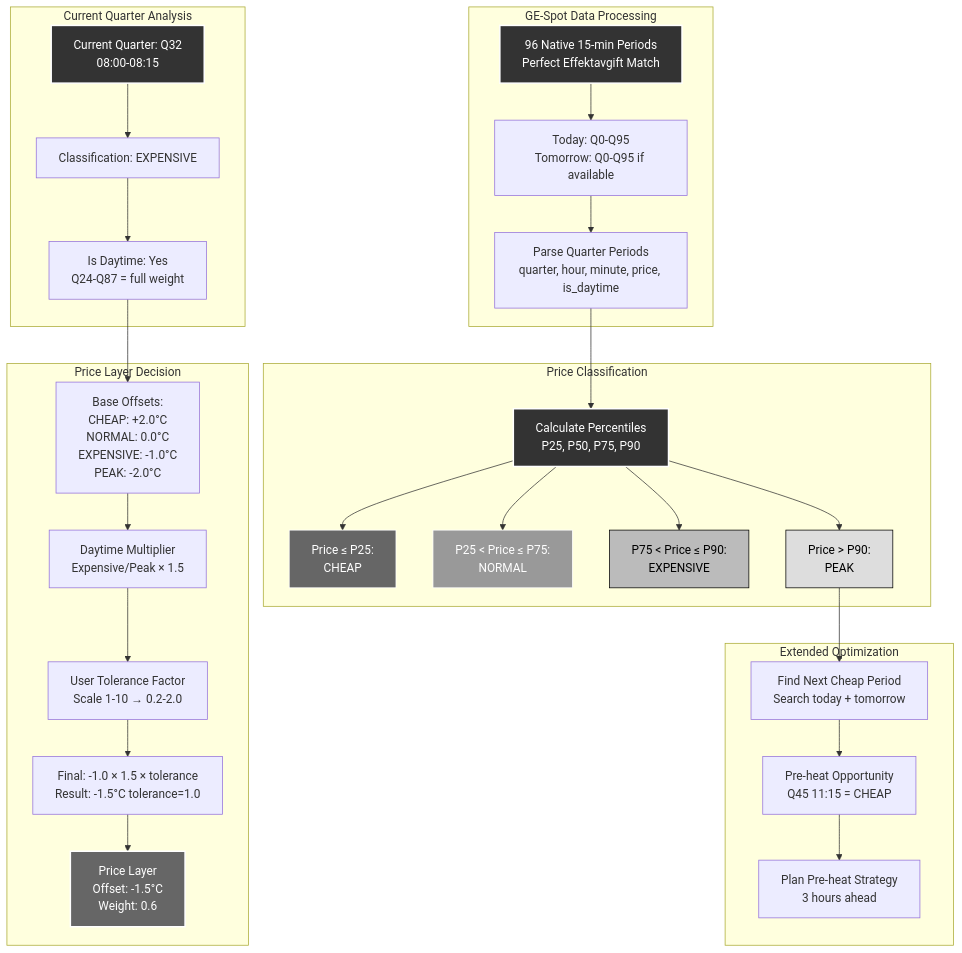
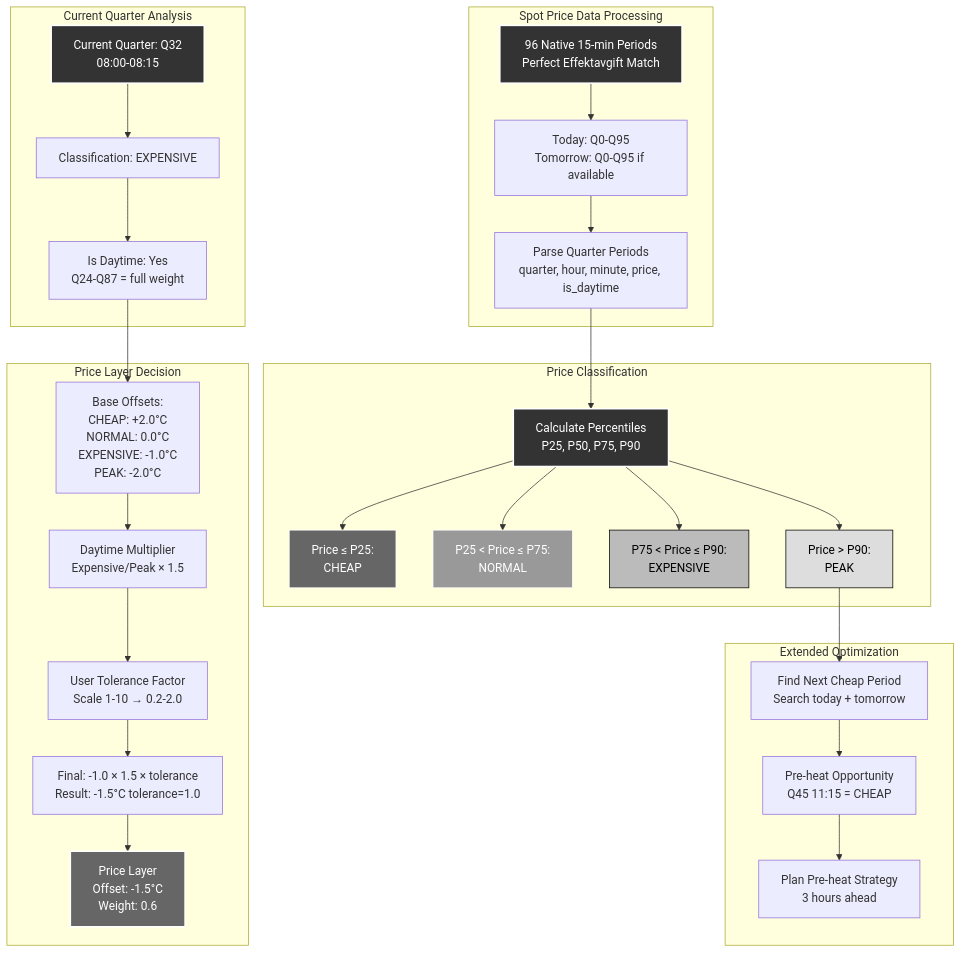
One commit to enoch85/EffektGuard changed the diagram in docs/architecture/05_spot_price_optimization.md. Above: the diagram before and after it, drawn with Mermaid. The commit also changed other lines of this file and 30 other files, not shown here.

````diff
--- a/docs/architecture/05_spot_price_optimization.md
+++ b/docs/architecture/05_spot_price_optimization.md
@@ -5,69 +5,69 @@
 ```mermaid
 flowchart TD
-    subgraph "GE-Spot Data Processing"
+    subgraph "Spot Price Data Processing"
         A[96 Native 15-min Periods<br/>Perfect Effektavgift Match]
         B[Today: Q0-Q95<br/>Tomorrow: Q0-Q95 if available]
         C[Parse Quarter Periods<br/>quarter, hour, minute, price, is_daytime]
     end
 
     subgraph "Price Classification"
         D[Calculate Percentiles<br/>P25, P50, P75, P90]
         E[Price ≤ P25:<br/>CHEAP]
         F[P25 < Price ≤ P75:<br/>NORMAL]
         G[P75 < Price ≤ P90:<br/>EXPENSIVE]
         H[Price > P90:<br/>PEAK]
     end
 
     subgraph "Current Quarter Analysis"
         I[Current Quarter: Q32<br/>08:00-08:15]
         J[Classification: EXPENSIVE]
         K[Is Daytime: Yes<br/>Q24-Q87 = full weight]
     end
 
     subgraph "Price Layer Decision"
         L[Base Offsets:<br/>CHEAP: +2.0°C<br/>NORMAL: 0.0°C<br/>EXPENSIVE: -1.0°C<br/>PEAK: -2.0°C]
         M[Daytime Multiplier<br/>Expensive/Peak × 1.5]
         N[User Tolerance Factor<br/>Scale 1-10 → 0.2-2.0]
         O[Final: -1.0 × 1.5 × tolerance<br/>Result: -1.5°C tolerance=1.0]
         P[Price Layer<br/>Offset: -1.5°C<br/>Weight: 0.6]
     end
 
     subgraph "Extended Optimization"
         Q[Find Next Cheap Period<br/>Search today + tomorrow]
         R[Pre-heat Opportunity<br/>Q45 11:15 = CHEAP]
         S[Plan Pre-heat Strategy<br/>3 hours ahead]
     end
 
     %% Flow
     A --> B
     B --> C
     C --> D
     D --> E
     D --> F  
     D --> G
     D --> H
     
     I --> J
     J --> K
     K --> L
     L --> M
     M --> N
     N --> O
     O --> P
     
     H --> Q
     Q --> R
     R --> S
 
     %% Styling
     style A fill:#333,stroke:#fff,stroke-width:2px,color:#fff
     style D fill:#333,stroke:#fff,stroke-width:2px,color:#fff
     style I fill:#333,stroke:#fff,stroke-width:2px,color:#fff
     
     style E fill:#666,stroke:#fff,stroke-width:1px,color:#fff
     style F fill:#999,stroke:#fff,stroke-width:1px,color:#fff
     style G fill:#bbb,stroke:#000,stroke-width:1px,color:#000
     style H fill:#ddd,stroke:#000,stroke-width:1px,color:#000
     
     style P fill:#666,stroke:#fff,stroke-width:2px,color:#fff
 ```
````
